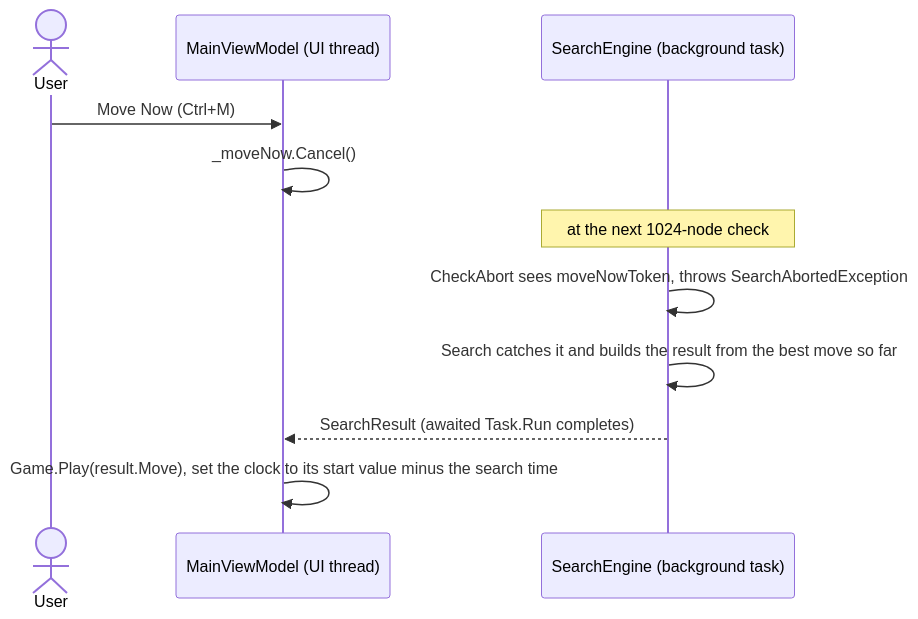
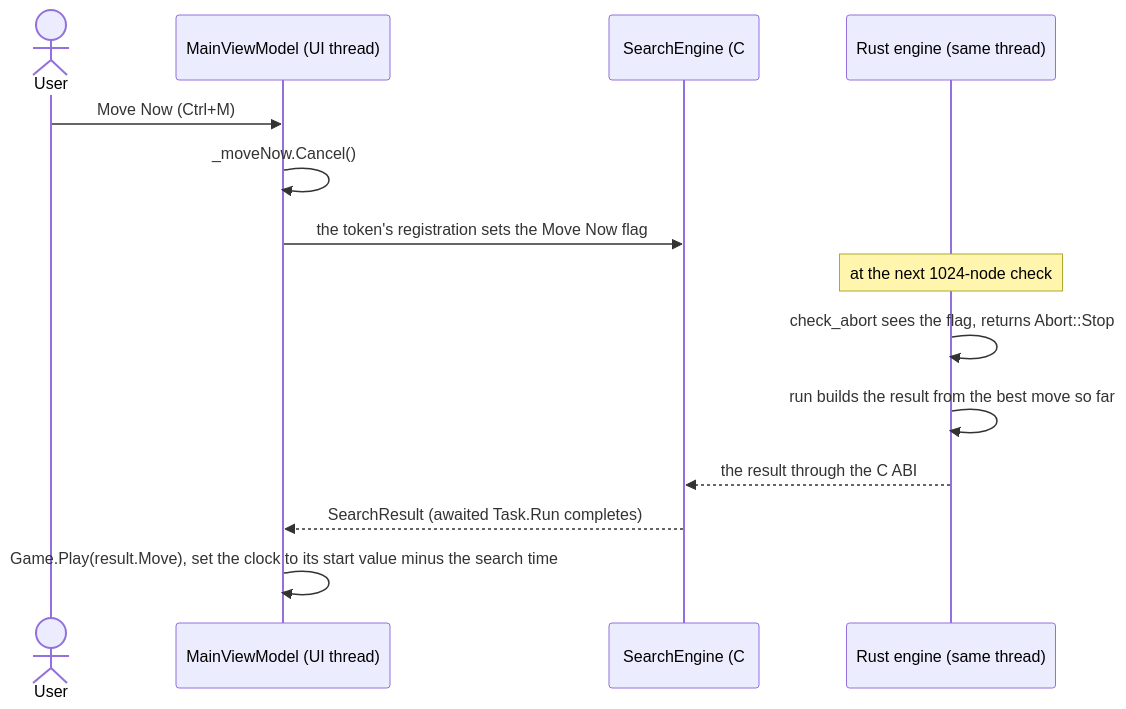
Before and after one commit to cjp-dev/Stello: the second of 2 diagrams in docs/09-time-control.md, drawn with Mermaid. The commit also changed other lines of this file and 26 other files, not shown here.

First line of the commit message:
Stello 3.0 phase 4: About shows 3.0; the docs describe the Rust engine

````diff
--- a/docs/09-time-control.md
+++ b/docs/09-time-control.md
@@ -103,13 +114,16 @@
 ```mermaid
 sequenceDiagram
     actor User
     participant VM as MainViewModel (UI thread)
-    participant SE as SearchEngine (background task)
+    participant SE as SearchEngine (C#, background task)
+    participant RE as Rust engine (same thread)
     User->>VM: Move Now (Ctrl+M)
     VM->>VM: _moveNow.Cancel()
-    Note over SE: at the next 1024-node check
-    SE->>SE: CheckAbort sees moveNowToken, throws SearchAbortedException
-    SE->>SE: Search catches it and builds the result from the best move so far
+    VM->>SE: the token's registration sets the Move Now flag
+    Note over RE: at the next 1024-node check
+    RE->>RE: check_abort sees the flag, returns Abort::Stop
+    RE->>RE: run builds the result from the best move so far
+    RE-->>SE: the result through the C ABI
     SE-->>VM: SearchResult (awaited Task.Run completes)
     VM->>VM: Game.Play(result.Move), set the clock to its start value minus the search time
 ```
````
